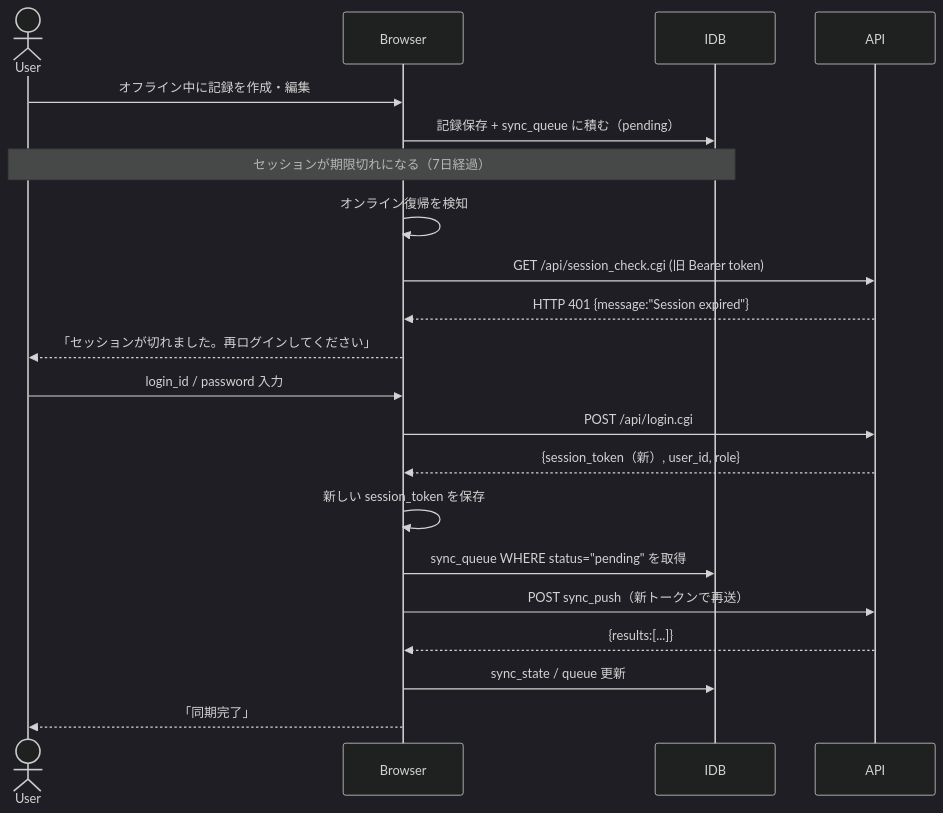
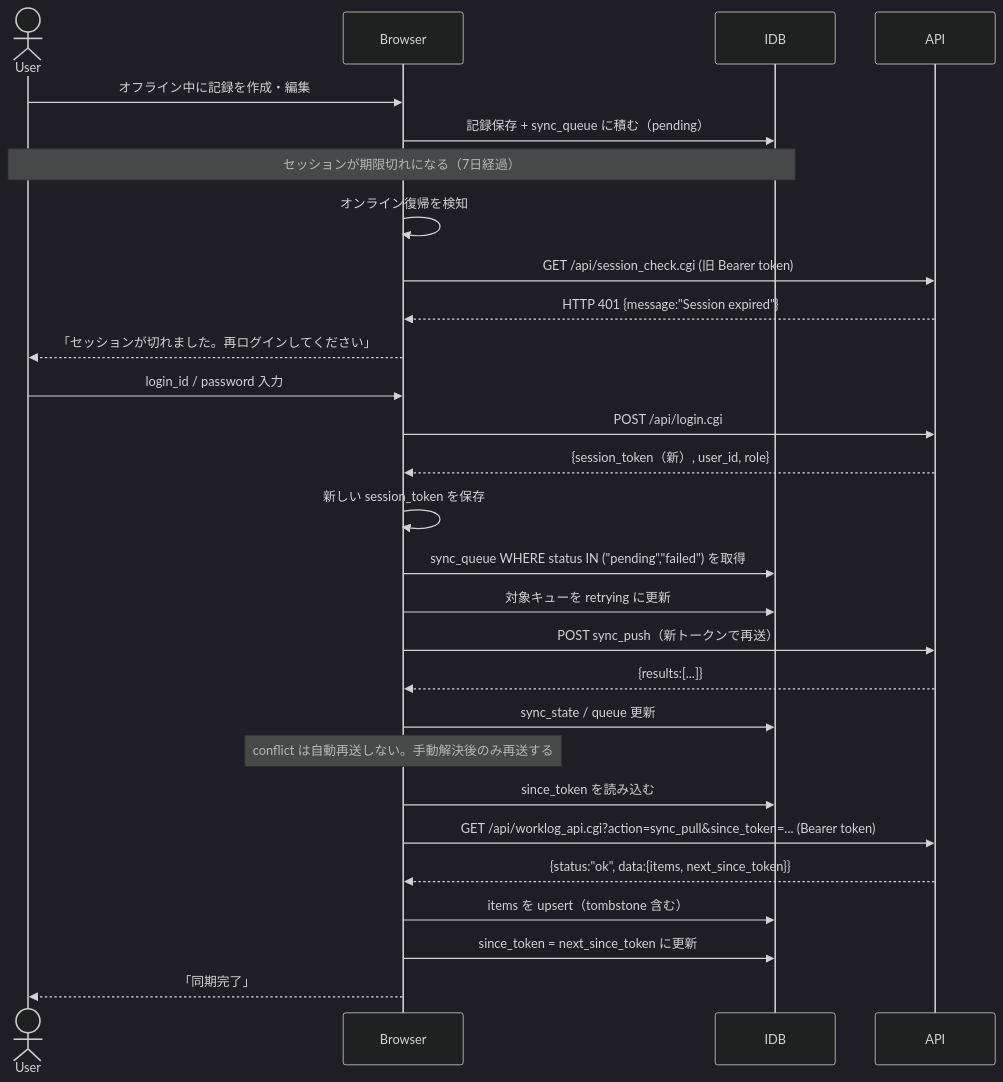
Diagram 20 of 24 in SEQUENCE.md (garyohosu/worklog-pwa), drawn with Mermaid (dark theme) before and after one commit. The commit also changed other lines of this file and 2 other files, not shown here.

Commit message:
docs: align sequence flows with sync rules

````diff
--- a/SEQUENCE.md
+++ b/SEQUENCE.md
@@ -493,24 +517,31 @@
 ```mermaid
 sequenceDiagram
   actor User
   participant Browser
   participant IDB
   participant API as API
 
   User->>Browser: オフライン中に記録を作成・編集
   Browser->>IDB: 記録保存 + sync_queue に積む（pending）
   Note over User,IDB: セッションが期限切れになる（7日経過）
   Browser->>Browser: オンライン復帰を検知
   Browser->>API: GET /api/session_check.cgi (旧 Bearer token)
   API-->>Browser: HTTP 401 {message:"Session expired"}
   Browser-->>User: 「セッションが切れました。再ログインしてください」
   User->>Browser: login_id / password 入力
   Browser->>API: POST /api/login.cgi
   API-->>Browser: {session_token（新）, user_id, role}
   Browser->>Browser: 新しい session_token を保存
-  Browser->>IDB: sync_queue WHERE status="pending" を取得
+  Browser->>IDB: sync_queue WHERE status IN ("pending","failed") を取得
+  Browser->>IDB: 対象キューを retrying に更新
   Browser->>API: POST sync_push（新トークンで再送）
   API-->>Browser: {results:[...]}
   Browser->>IDB: sync_state / queue 更新
+  Note over Browser: conflict は自動再送しない。手動解決後のみ再送する
+  Browser->>IDB: since_token を読み込む
+  Browser->>API: GET /api/worklog_api.cgi?action=sync_pull&since_token=... (Bearer token)
+  API-->>Browser: {status:"ok", data:{items, next_since_token}}
+  Browser->>IDB: items を upsert（tombstone 含む）
+  Browser->>IDB: since_token = next_since_token に更新
   Browser-->>User: 「同期完了」
 ```
````
